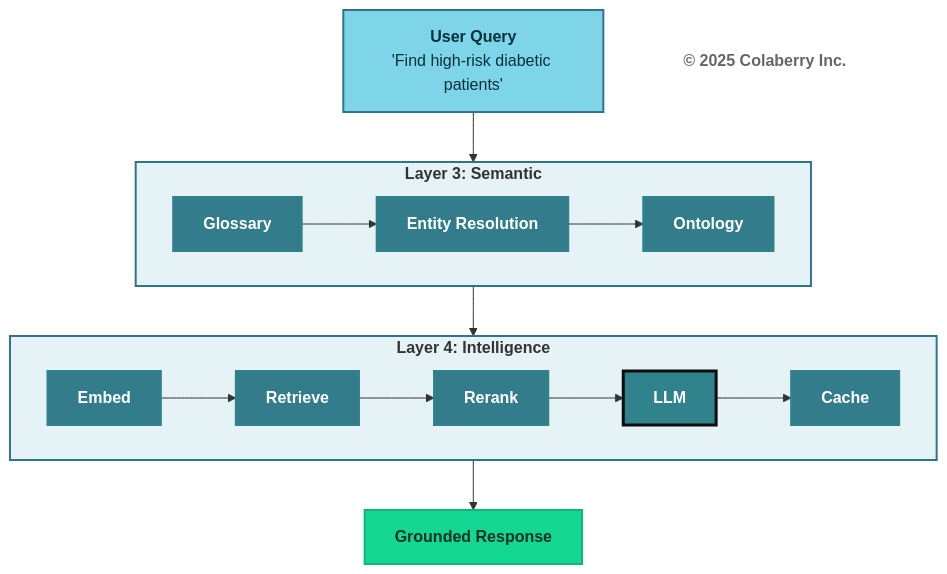
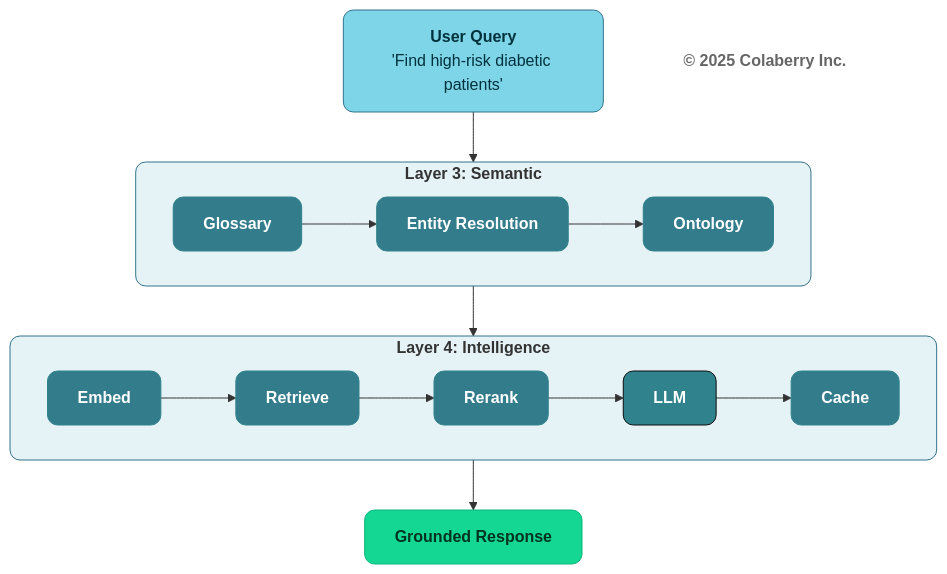
Diagram 13 of 13 in manuscript/06_chapter_5_intelligence_layers.md (colaberry/trust-before-intelligence-book), drawn with Mermaid before and after one commit. The commit also changed other lines of this file and 12 other files, not shown here.

````diff
--- a/manuscript/06_chapter_5_intelligence_layers.md
+++ b/manuscript/06_chapter_5_intelligence_layers.md
@@ -1230,36 +1230,36 @@
 ```mermaid
 graph TB
     USER["<b>User Query</b><br/>'Find high-risk diabetic patients'"]
     
     subgraph L3["<b>Layer 3: Semantic</b>"]
         direction LR
         GLOSS["<b>Glossary</b>"] --> ENTITY["<b>Entity Resolution</b>"] --> ONTO["<b>Ontology</b>"]
     end
     
     subgraph L4["<b>Layer 4: Intelligence</b>"]
         direction LR
         EMBED["<b>Embed</b>"] --> HYBRID["<b>Retrieve</b>"] --> RERANK["<b>Rerank</b>"] --> LLM["<b>LLM</b>"] --> CACHE["<b>Cache</b>"]
     end
     
     RESPONSE["<b>Grounded Response</b>"]
     
     USER --> L3
     L3 --> L4
     L4 --> RESPONSE
     
     Copyright["<b>© 2025 Colaberry Inc.</b>"]
     
-    style USER fill:#7FD5E8,stroke:#32738C,stroke-width:2px,color:#00323D
-    style L3 fill:#E6F3F6,stroke:#32738C,stroke-width:2px
-    style L4 fill:#E6F3F6,stroke:#32738C,stroke-width:2px
-    style GLOSS fill:#327C8C,stroke:#30838C,stroke-width:2px,color:#ffffff
-    style ENTITY fill:#327C8C,stroke:#30838C,stroke-width:2px,color:#ffffff
-    style ONTO fill:#327C8C,stroke:#30838C,stroke-width:2px,color:#ffffff
-    style EMBED fill:#327C8C,stroke:#30838C,stroke-width:2px,color:#ffffff
-    style HYBRID fill:#327C8C,stroke:#30838C,stroke-width:2px,color:#ffffff
-    style RERANK fill:#327C8C,stroke:#30838C,stroke-width:2px,color:#ffffff
-    style LLM fill:#30838C,color:#ffffff,stroke:#0D0D0D,stroke-width:3px
-    style CACHE fill:#327C8C,stroke:#30838C,stroke-width:2px,color:#ffffff
-    style RESPONSE fill:#14D793,color:#003322,stroke:#0FB67D,stroke-width:2px
-    style Copyright fill:#ffffff,stroke:none,color:#666666
+    style USER fill:#7FD5E8,stroke:#32738C,stroke-width:1px,color:#00323D,rx:10,ry:10
+    style L3 fill:#E6F3F6,stroke:#32738C,stroke-width:1px,rx:10,ry:10
+    style L4 fill:#E6F3F6,stroke:#32738C,stroke-width:1px,rx:10,ry:10
+    style GLOSS fill:#327C8C,stroke:#30838C,stroke-width:1px,color:#ffffff,rx:10,ry:10
+    style ENTITY fill:#327C8C,stroke:#30838C,stroke-width:1px,color:#ffffff,rx:10,ry:10
+    style ONTO fill:#327C8C,stroke:#30838C,stroke-width:1px,color:#ffffff,rx:10,ry:10
+    style EMBED fill:#327C8C,stroke:#30838C,stroke-width:1px,color:#ffffff,rx:10,ry:10
+    style HYBRID fill:#327C8C,stroke:#30838C,stroke-width:1px,color:#ffffff,rx:10,ry:10
+    style RERANK fill:#327C8C,stroke:#30838C,stroke-width:1px,color:#ffffff,rx:10,ry:10
+    style LLM fill:#30838C,color:#ffffff,stroke:#0D0D0D,stroke-width:1px,rx:10,ry:10
+    style CACHE fill:#327C8C,stroke:#30838C,stroke-width:1px,color:#ffffff,rx:10,ry:10
+    style RESPONSE fill:#14D793,color:#003322,stroke:#0FB67D,stroke-width:1px,rx:10,ry:10
+    style Copyright fill:none,stroke:none,color:#666666
 ```
````
